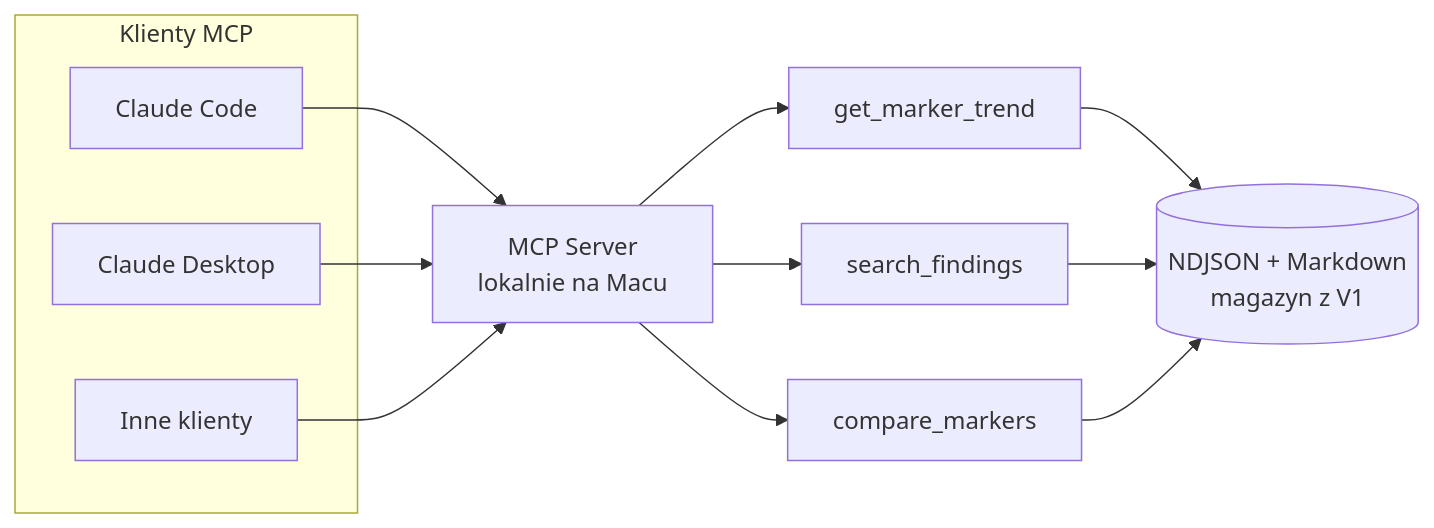
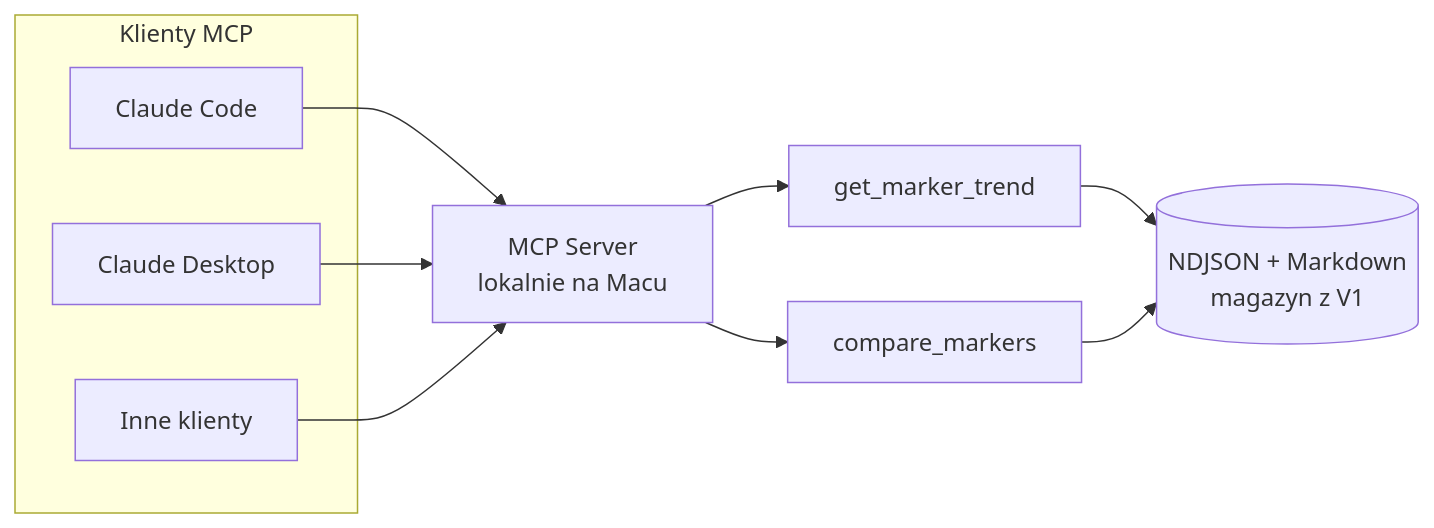
Before and after one commit to pmackowka/document-intelligence-platform: the second of 4 diagrams in docs/roadmap.md, drawn with Mermaid. The commit also changed other lines of this file and 14 other files, not shown here.

````diff
--- a/docs/roadmap.md
+++ b/docs/roadmap.md
@@ -63,13 +36,12 @@
 ```mermaid
 flowchart LR
     subgraph Klienty MCP
         C1[Claude Code]
         C2[Claude Desktop]
         C3[Inne klienty]
     end
     C1 & C2 & C3 --> S[MCP Server<br>lokalnie na Macu]
     S --> T1[get_marker_trend]
-    S --> T2[search_findings]
-    S --> T3[compare_markers]
-    T1 & T2 & T3 --> D[(NDJSON + Markdown<br>magazyn z V1)]
+    S --> T2[compare_markers]
+    T1 & T2 --> D[(NDJSON + Markdown<br>magazyn z V1)]
 ```
````
